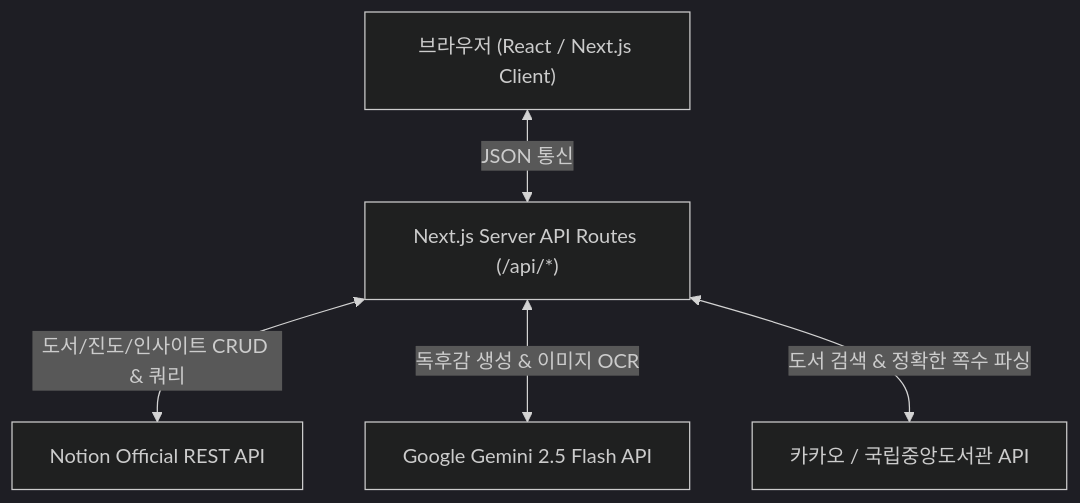
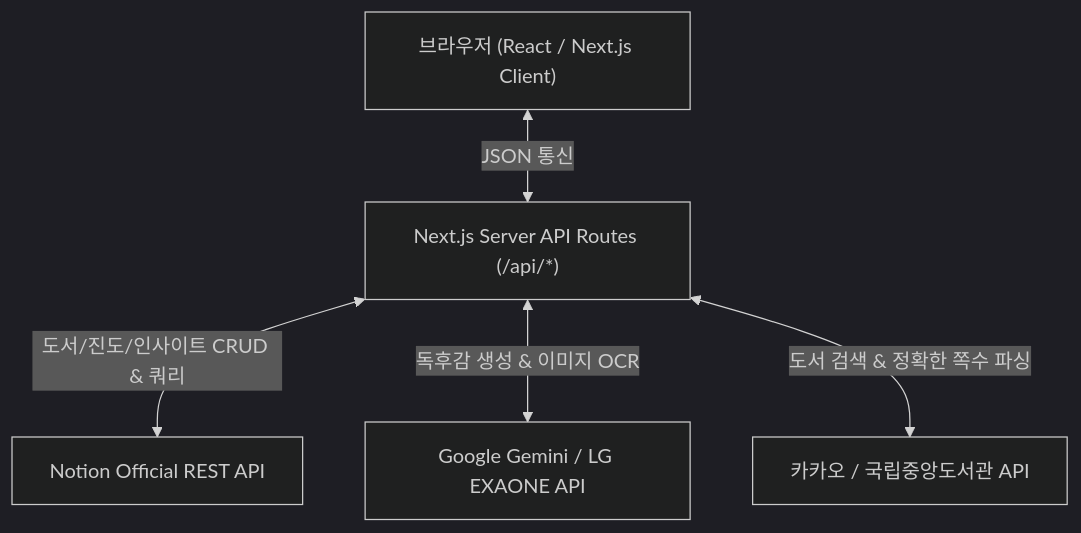
One commit to ygywam/booktuning changed the diagram in docs/ARCHITECTURE.md. Above: the diagram before and after it, drawn with Mermaid (dark theme). The commit also changed other lines of this file and 17 other files, not shown here.

````diff
--- a/docs/ARCHITECTURE.md
+++ b/docs/ARCHITECTURE.md
@@ -58,13 +58,13 @@
 ```mermaid
 flowchart TD
     Client["브라우저 (React / Next.js Client)"]
     API["Next.js Server API Routes (/api/*)"]
     NotionAPI["Notion Official REST API"]
-    GeminiAPI["Google Gemini 2.5 Flash API"]
+    AIEngine["Google Gemini / LG EXAONE API"]
     BookSearchAPI["카카오 / 국립중앙도서관 API"]
 
     Client <-->|"JSON 통신"| API
     API <-->|"도서/진도/인사이트 CRUD & 쿼리"| NotionAPI
-    API <-->|"독후감 생성 & 이미지 OCR"| GeminiAPI
+    API <-->|"독후감 생성 & 이미지 OCR"| AIEngine
     API <-->|"도서 검색 & 정확한 쪽수 파싱"| BookSearchAPI
 ```
````
